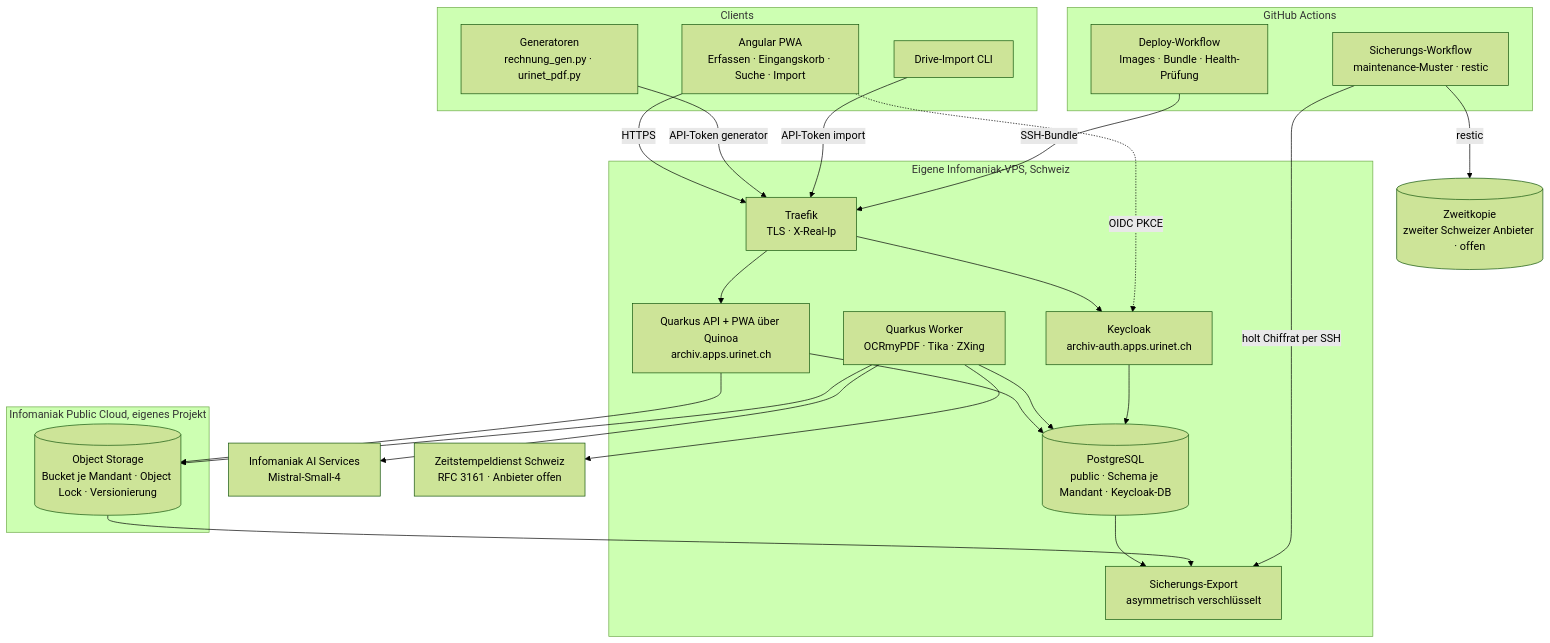
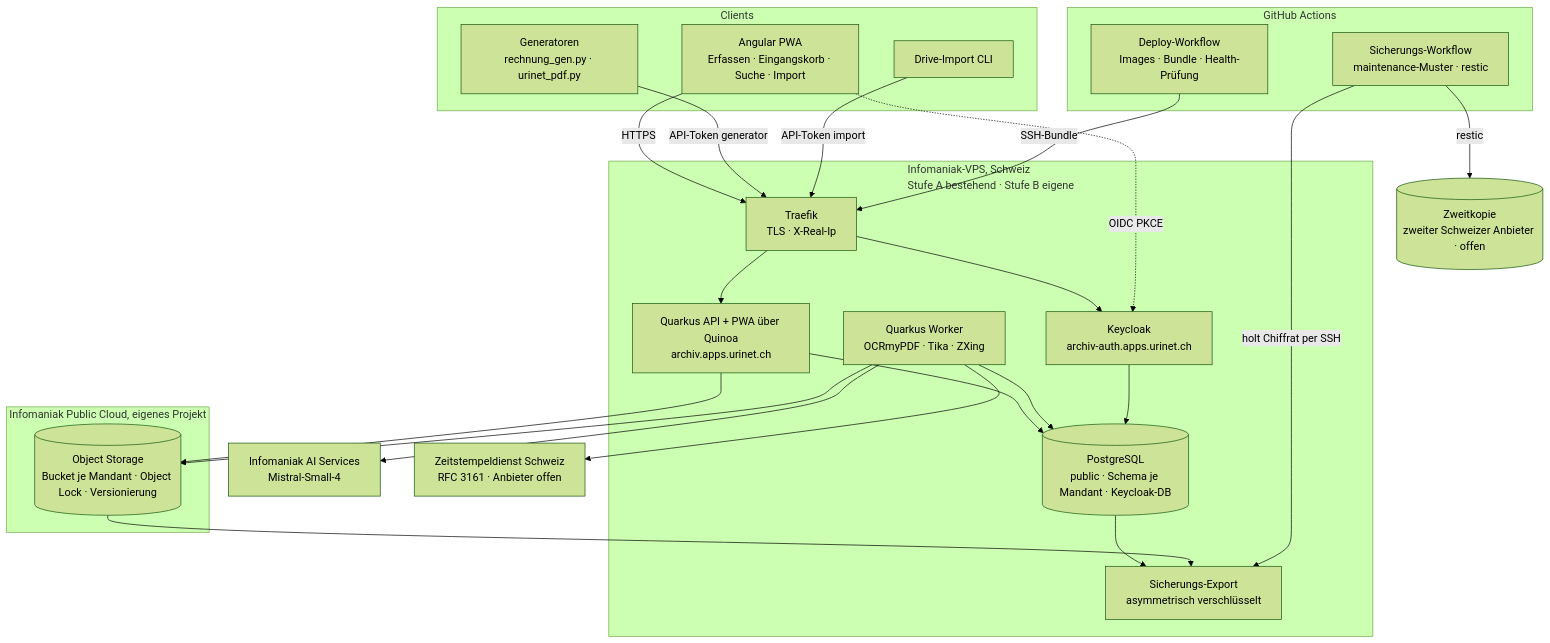
The first of 3 diagrams in .kiro/specs/01-archiv-kern/design.md (Urinet-ch/dokumentenmanagement), drawn with Mermaid (forest theme) before and after one commit. The commit also changed other lines of this file and 4 other files, not shown here.

Commit message:
P1 geändert: Start auf der bestehenden VPS (Stufe A), eigene VPS vor echten Daten (Stufe B)

````diff
--- a/.kiro/specs/01-archiv-kern/design.md
+++ b/.kiro/specs/01-archiv-kern/design.md
@@ -29,44 +30,44 @@
 ```mermaid
 flowchart TB
   subgraph Clients
     PWA["Angular PWA<br/>Erfassen · Eingangskorb · Suche · Import"]
     GEN["Generatoren<br/>rechnung_gen.py · urinet_pdf.py"]
     CLI["Drive-Import CLI"]
   end
   subgraph GH["GitHub Actions"]
     DEP["Deploy-Workflow<br/>Images · Bundle · Health-Prüfung"]
     SIC["Sicherungs-Workflow<br/>maintenance-Muster · restic"]
   end
-  subgraph VPS["Eigene Infomaniak-VPS, Schweiz"]
+  subgraph VPS["Infomaniak-VPS, Schweiz<br/>Stufe A bestehend · Stufe B eigene"]
     TR["Traefik<br/>TLS · X-Real-Ip"]
     KC["Keycloak<br/>archiv-auth.apps.urinet.ch"]
     API["Quarkus API + PWA über Quinoa<br/>archiv.apps.urinet.ch"]
     WRK["Quarkus Worker<br/>OCRmyPDF · Tika · ZXing"]
     PG[("PostgreSQL<br/>public · Schema je Mandant · Keycloak-DB")]
     EXP["Sicherungs-Export<br/>asymmetrisch verschlüsselt"]
   end
   subgraph PC["Infomaniak Public Cloud, eigenes Projekt"]
     S3[("Object Storage<br/>Bucket je Mandant · Object Lock · Versionierung")]
   end
   AI["Infomaniak AI Services<br/>Mistral-Small-4"]
   TSA["Zeitstempeldienst Schweiz<br/>RFC 3161 · Anbieter offen"]
   B2[("Zweitkopie<br/>zweiter Schweizer Anbieter · offen")]
   PWA -->|HTTPS| TR
   GEN -->|"API-Token generator"| TR
   CLI -->|"API-Token import"| TR
   TR --> API
   TR --> KC
   PWA -.->|OIDC PKCE| KC
   API --> PG
   API --> S3
   WRK --> PG
   WRK --> S3
   WRK --> AI
   WRK --> TSA
   KC --> PG
   PG --> EXP
   S3 --> EXP
   DEP -->|SSH-Bundle| TR
   SIC -->|"holt Chiffrat per SSH"| EXP
   SIC -->|restic| B2
 ```
````
